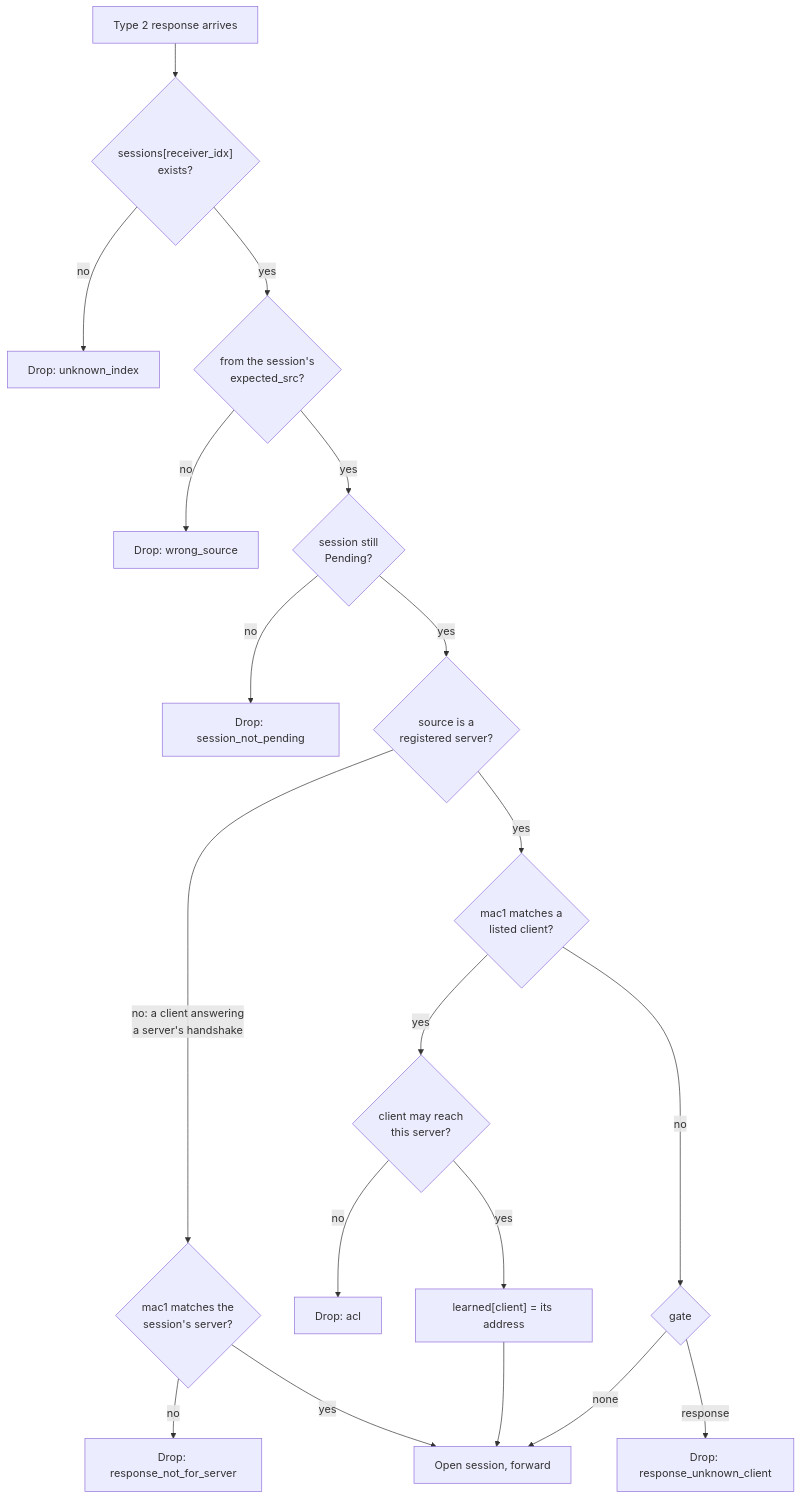
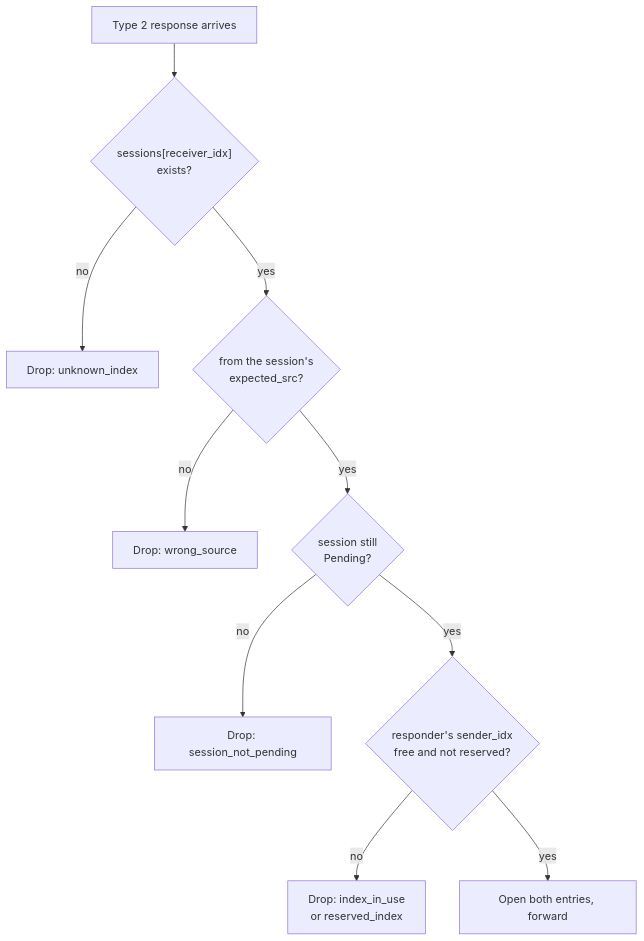
Diagram 13 of 22 in docs/how-it-works.md (3alpha/wg-relay), drawn with Mermaid before and after one commit. The commit also changed other lines of this file and 16 other files, not shown here.

````diff
--- a/docs/how-it-works.md
+++ b/docs/how-it-works.md
@@ -422,20 +430,12 @@
 ```mermaid
 flowchart TD
     A["Type 2 response arrives"] --> B{"sessions[receiver_idx]<br/>exists?"}
     B -- no --> X1["Drop: unknown_index"]
     B -- yes --> C{"from the session's<br/>expected_src?"}
     C -- no --> X2["Drop: wrong_source"]
     C -- yes --> P{"session still<br/>Pending?"}
-    P -- no --> X6["Drop: session_not_pending"]
-    P -- yes --> D{"source is a<br/>registered server?"}
-    D -- "no: a client answering<br/>a server's handshake" --> E{"mac1 matches the<br/>session's server?"}
-    E -- no --> X3["Drop: response_not_for_server"]
-    E -- yes --> OK["Open session, forward"]
-    D -- yes --> F{"mac1 matches a<br/>listed client?"}
-    F -- "yes" --> G{"client may reach<br/>this server?"}
-    G -- no --> X4["Drop: acl"]
-    G -- yes --> H["learned[client] = its address"] --> OK
-    F -- "no" --> I{"gate"}
-    I -- none --> OK
-    I -- response --> X5["Drop: response_unknown_client"]
+    P -- no --> X3["Drop: session_not_pending"]
+    P -- yes --> I{"responder's sender_idx<br/>free and not reserved?"}
+    I -- no --> X4["Drop: index_in_use<br/>or reserved_index"]
+    I -- yes --> OK["Open both entries, forward"]
 ```
````
